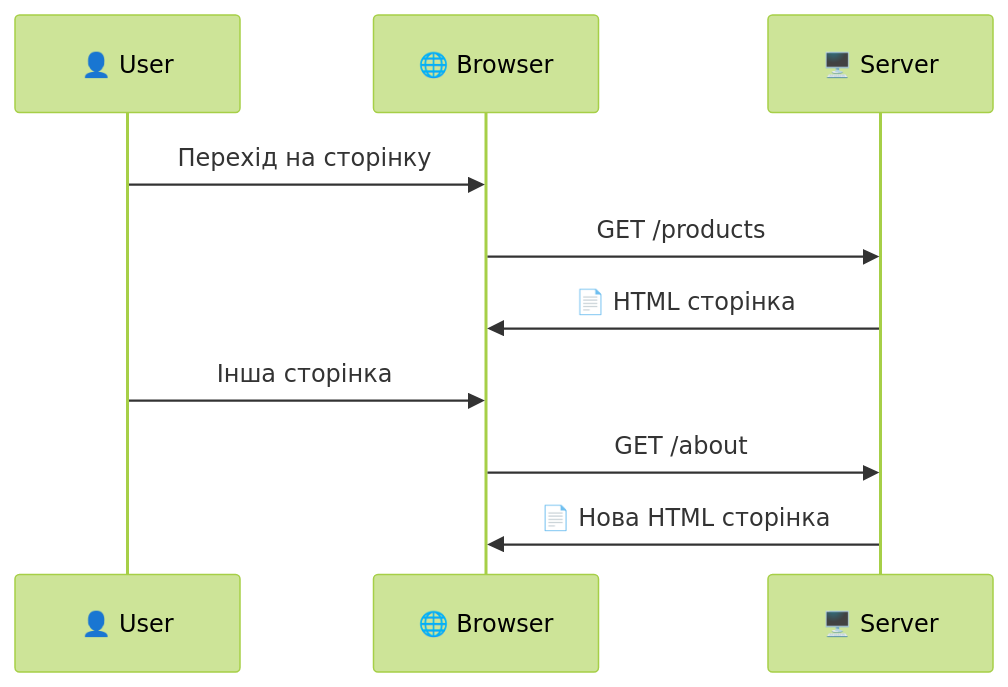
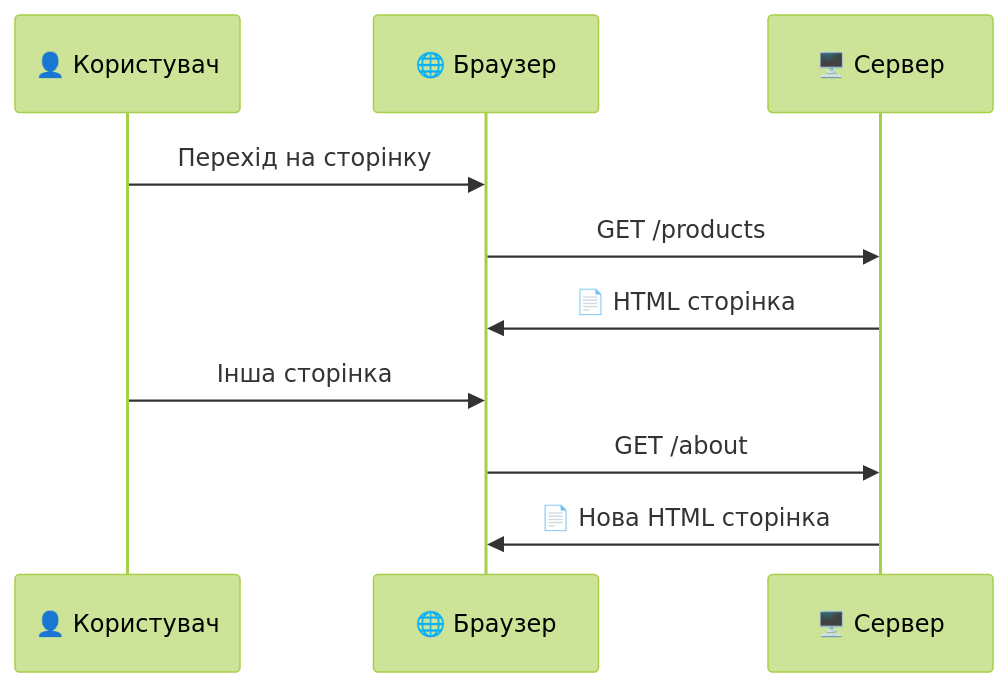
One commit to olroi421/course-web changed diagram 11 of 17 in presentations/presentation-01.md. Above: the diagram before and after it, drawn with Mermaid (forest theme). The commit also changed other lines of this file and 4 other files, not shown here.

````diff
--- a/presentations/presentation-01.md
+++ b/presentations/presentation-01.md
@@ -369,14 +389,14 @@
 ```mermaid
 sequenceDiagram
-    participant U as 👤 User
-    participant B as 🌐 Browser
-    participant S as 🖥️ Server
+    participant U as 👤 Користувач
+    participant B as 🌐 Браузер
+    participant S as 🖥️ Сервер
 
     U->>B: Перехід на сторінку
     B->>S: GET /products
     S->>B: 📄 HTML сторінка
 
     U->>B: Інша сторінка
     B->>S: GET /about
     S->>B: 📄 Нова HTML сторінка
 ```
````
